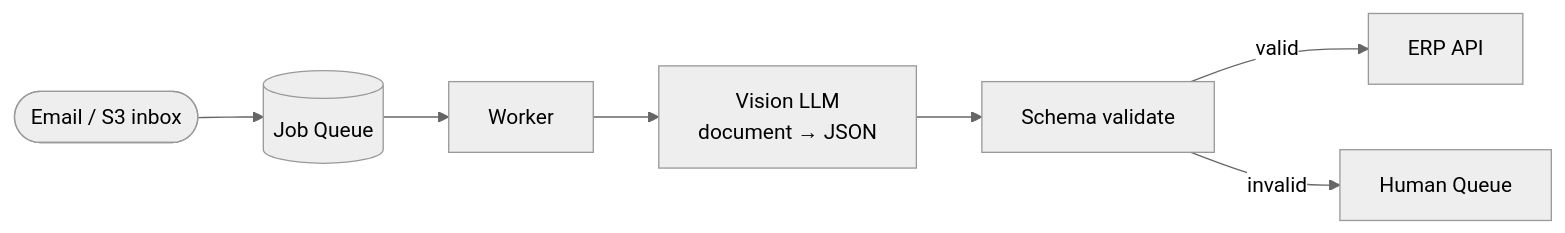
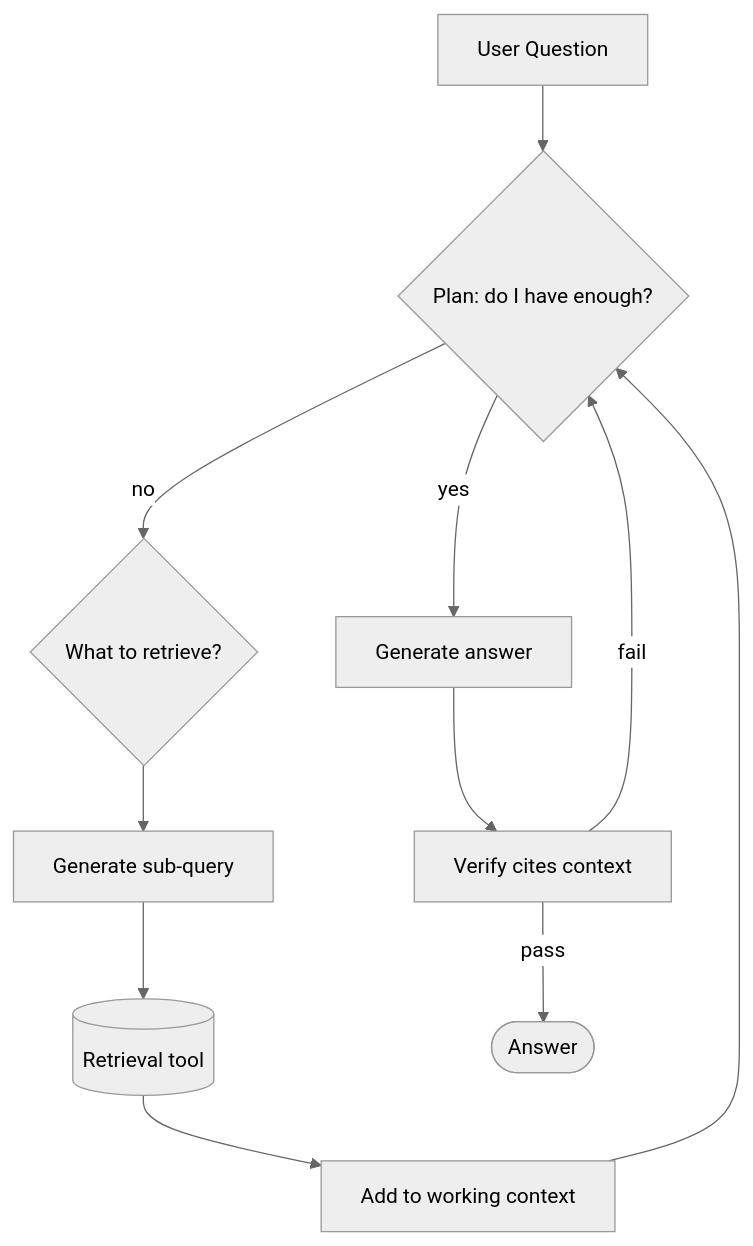
The fourth of 48 diagrams in SYSTEM_DESIGN_PREP.md (PranavMotarwar/Urban-Policy-Advisor-LLM), drawn with Mermaid (neutral theme) before and after one commit. The commit also changed other lines of this file, not shown here.

````diff
--- a/SYSTEM_DESIGN_PREP.md
+++ b/SYSTEM_DESIGN_PREP.md
@@ -1517,9 +420,13 @@
 ```mermaid
-flowchart LR
-    Inbox([Email / S3 inbox]) --> Q[(Job Queue)]
-    Q --> Worker[Worker]
-    Worker --> Vision[Vision LLM<br/>document → JSON]
-    Vision --> Validate[Schema validate]
-    Validate -->|valid| ERP[ERP API]
-    Validate -->|invalid| HQ[Human Queue]
+flowchart TB
+    Q[User Question] --> Plan{Plan: do I have enough?}
+    Plan -->|no| Decide{What to retrieve?}
+    Decide --> Sub[Generate sub-query]
+    Sub --> Ret[(Retrieval tool)]
+    Ret --> Add[Add to working context]
+    Add --> Plan
+    Plan -->|yes| Gen[Generate answer]
+    Gen --> Verify[Verify cites context]
+    Verify -->|fail| Plan
+    Verify -->|pass| Out([Answer])
 ```
````
